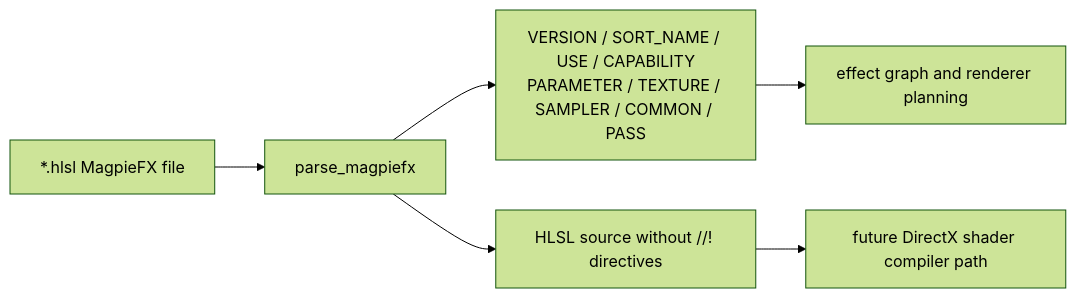
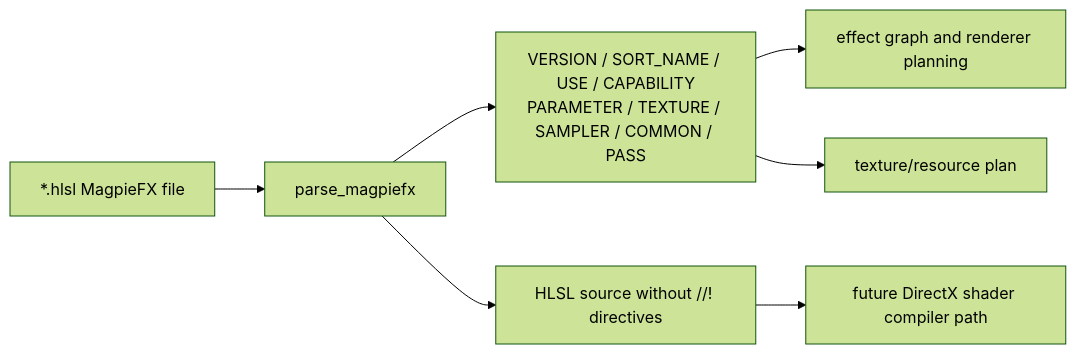
The third of 3 diagrams in docs/upscale-integration-plan.md (Sanzentyo/borderless-rs), drawn with Mermaid (forest theme) before and after one commit. The commit also changed other lines of this file and 7 other files, not shown here.

Commit message:
magpie: plan render resources with GPL attribution

````diff
--- a/docs/upscale-integration-plan.md
+++ b/docs/upscale-integration-plan.md
@@ -117,8 +120,9 @@
 ```mermaid
 flowchart LR
     File["*.hlsl MagpieFX file"] --> Parser["parse_magpiefx"]
     Parser --> Metadata["VERSION / SORT_NAME / USE / CAPABILITY\nPARAMETER / TEXTURE / SAMPLER / COMMON / PASS"]
     Parser --> Shader["HLSL source without //! directives"]
     Metadata --> Graph["effect graph and renderer planning"]
+    Metadata --> Resources["texture/resource plan"]
     Shader --> Compiler["future DirectX shader compiler path"]
 ```
````
